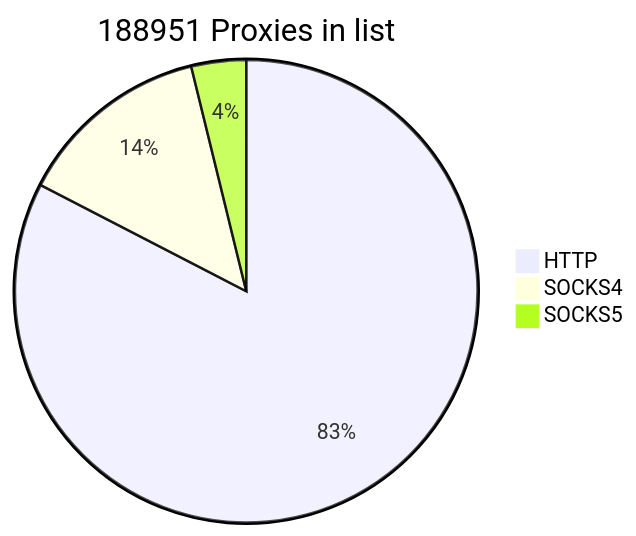
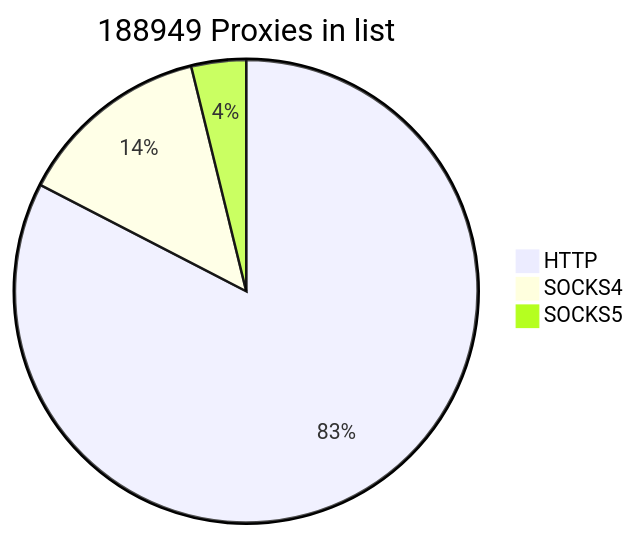
The first of 2 diagrams in README.md (cutipu/proxylist), drawn with Mermaid before and after one commit. The commit also changed other lines of this file, not shown here.

````diff
--- a/README.md
+++ b/README.md
@@ -2,7 +2,7 @@
 ```mermaid
-pie title 188951 Proxies in list
+pie title 188949 Proxies in list
     "HTTP" : 156047
-    "SOCKS4" : 25677
-    "SOCKS5" : 7227
+    "SOCKS4" : 25676
+    "SOCKS5" : 7226
             
 ```
````
